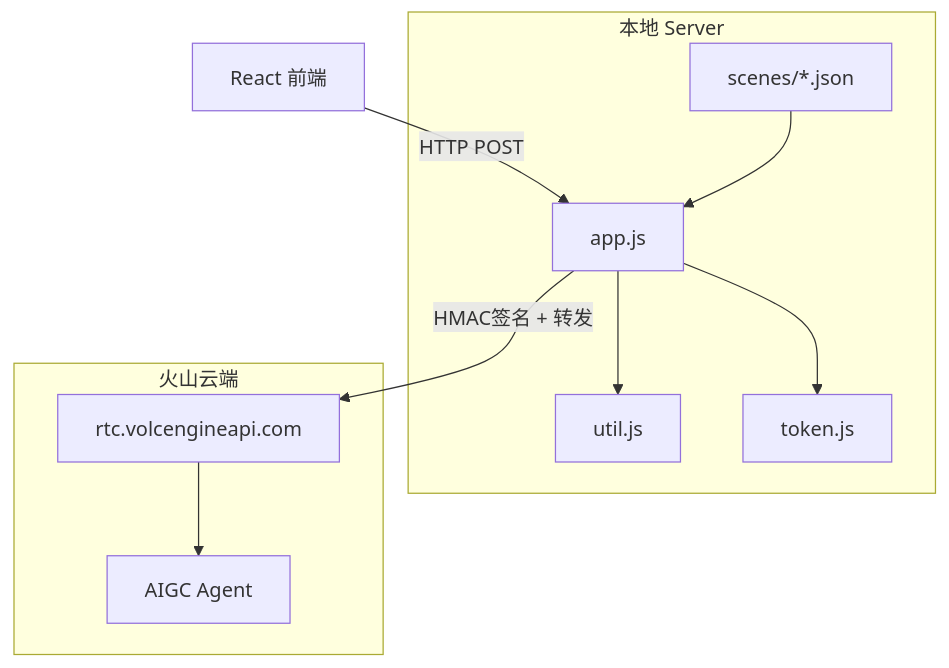
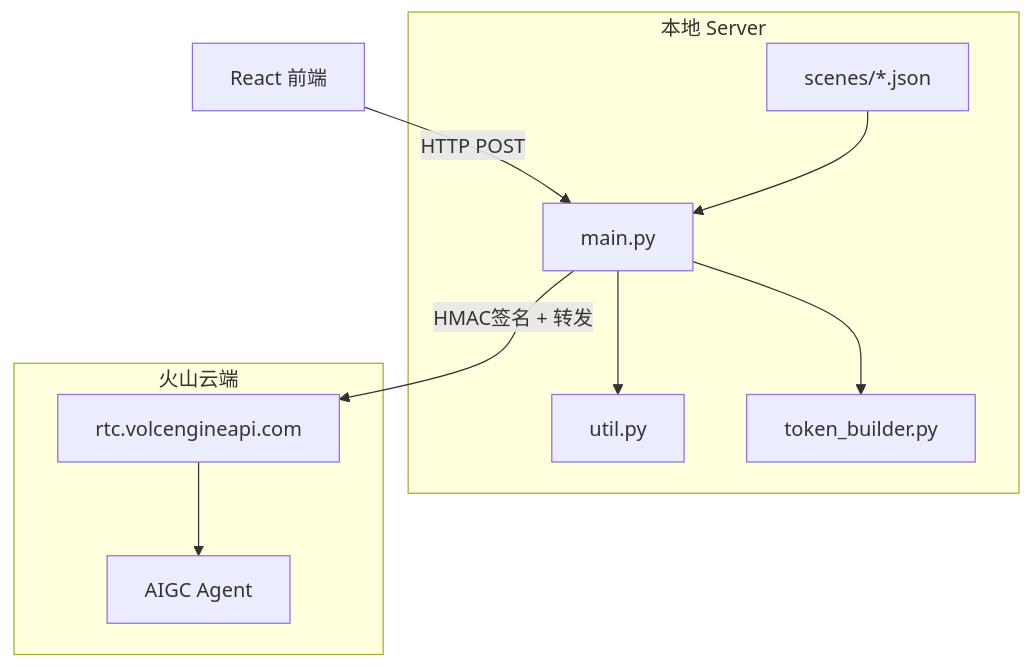
One commit to lixiaoqiang1/ark_aigc_demo-main changed the first of 3 diagrams in doc/03-项目架构与原理.md. Above: the diagram before and after it, drawn with Mermaid. The commit also changed other lines of this file and 14 other files, not shown here.

````diff
--- a/doc/03-项目架构与原理.md
+++ b/doc/03-项目架构与原理.md
@@ -11,19 +11,19 @@
 ```mermaid
 flowchart TB
     subgraph local [本地 Server]
         JSON[scenes/*.json]
-        APP[app.js]
-        UTIL[util.js]
-        TOKEN[token.js]
+        APP[main.py]
+        UTIL[util.py]
+        TOKEN[token_builder.py]
     end
     subgraph volc [火山云端]
         API[rtc.volcengineapi.com]
         Agent[AIGC Agent]
     end
     FE[React 前端] -->|HTTP POST| APP
     JSON --> APP
     APP --> UTIL
     APP --> TOKEN
     APP -->|HMAC签名 + 转发| API
     API --> Agent
 ```
````
